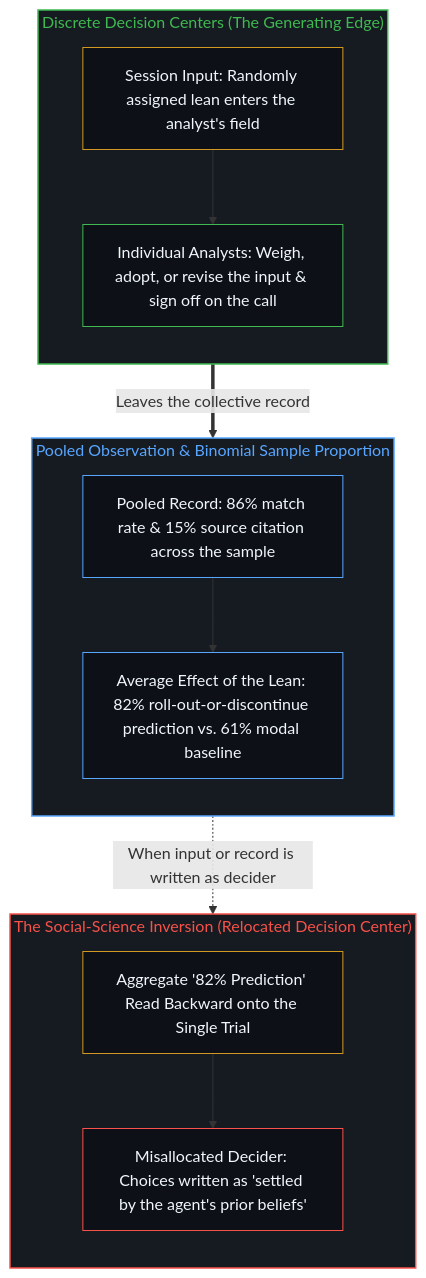
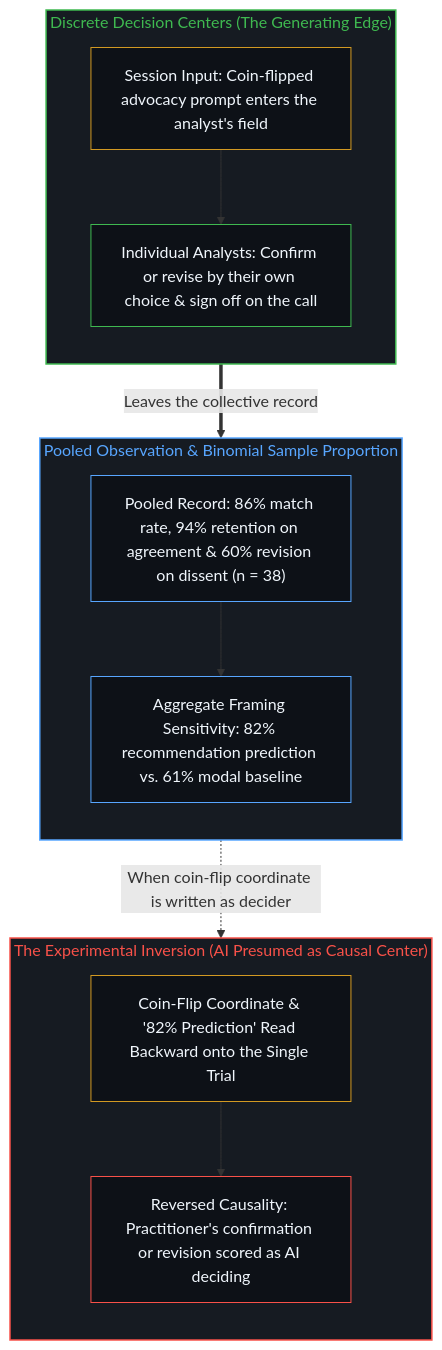
Before and after one commit to powerpig99/not-a-toe: the second of 4 diagrams in content/posts/agency-and-the-pattern.md, drawn with Mermaid. The commit also changed other lines of this file and 2 other files, not shown here.

Commit message:
Refine agency-and-the-pattern: experimental design reversal, coherent dataset reading, and selective double-accounting

````diff
--- a/content/posts/agency-and-the-pattern.md
+++ b/content/posts/agency-and-the-pattern.md
@@ -58,32 +62,32 @@
 ```mermaid
 flowchart TD
     subgraph S_Loci["Discrete Decision Centers (The Generating Edge)"]
         direction TB
-        L_In["Session Input: Randomly assigned lean enters the analyst's field"]
-        L_Act["Individual Analysts: Weigh, adopt, or revise the input & sign off on the call"]
+        L_In["Session Input: Coin-flipped advocacy prompt enters the analyst's field"]
+        L_Act["Individual Analysts: Confirm or revise by their own choice & sign off on the call"]
         L_In --> L_Act
     end
     subgraph S_Pool["Pooled Observation & Binomial Sample Proportion"]
         direction TB
-        P_Sum["Pooled Record: 86% match rate & 15% source citation across the sample"]
-        P_ATE["Average Effect of the Lean: 82% roll-out-or-discontinue prediction vs. 61% modal baseline"]
+        P_Sum["Pooled Record: 86% match rate, 94% retention on agreement & 60% revision on dissent (n = 38)"]
+        P_ATE["Aggregate Framing Sensitivity: 82% recommendation prediction vs. 61% modal baseline"]
         P_Sum --> P_ATE
     end
-    subgraph S_Inv["The Social-Science Inversion (Relocated Decision Center)"]
+    subgraph S_Inv["The Experimental Inversion (AI Presumed as Causal Center)"]
         direction TB
-        I_Pred["Aggregate '82% Prediction' Read Backward onto the Single Trial"]
-        I_Erode["Misallocated Decider: Choices written as 'settled by the agent's prior beliefs'"]
+        I_Pred["Coin-Flip Coordinate & '82% Prediction' Read Backward onto the Single Trial"]
+        I_Erode["Reversed Causality: Practitioner's confirmation or revision scored as AI deciding"]
         I_Pred --> I_Erode
     end
     L_Act ==>|"Leaves the collective record"| P_Sum
-    P_ATE -.->|"When input or record is written as decider"| I_Pred
+    P_ATE -.->|"When coin-flip coordinate is written as decider"| I_Pred
     style S_Loci fill:#161b22,stroke:#3fb950,stroke-width:1.5px,color:#3fb950
     style S_Pool fill:#161b22,stroke:#58a6ff,stroke-width:1.5px,color:#58a6ff
     style S_Inv fill:#161b22,stroke:#f85149,stroke-width:1.5px,color:#f85149
     style L_In fill:#0d1117,stroke:#d29922,stroke-width:1px,color:#f0f6fc
     style L_Act fill:#0d1117,stroke:#3fb950,stroke-width:1px,color:#f0f6fc
     style P_Sum fill:#0d1117,stroke:#58a6ff,stroke-width:1px,color:#f0f6fc
     style P_ATE fill:#0d1117,stroke:#58a6ff,stroke-width:1px,color:#f0f6fc
     style I_Pred fill:#0d1117,stroke:#d29922,stroke-width:1px,color:#f0f6fc
     style I_Erode fill:#0d1117,stroke:#f85149,stroke-width:1px,color:#f0f6fc
 ```
````
